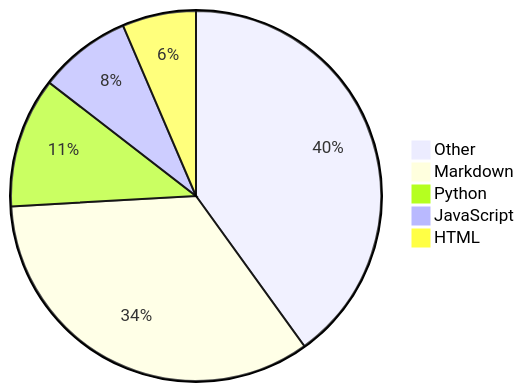
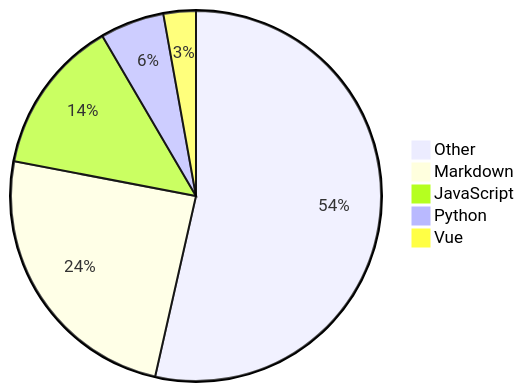
The diagram in README.md (Alicia111/alicia111), drawn with Mermaid before and after one commit.

Commit message:
Update WakaTime stats (・ω・)b

````diff
--- a/README.md
+++ b/README.md
@@ -32,8 +32,8 @@
 ```mermaid
 pie
-    "Other" : 35.2
-    "Markdown" : 29.93
-    "Python" : 9.99
-    "JavaScript" : 7.11
-    "HTML" : 5.66
+    "Other" : 53.54
+    "Markdown" : 24.46
+    "JavaScript" : 13.56
+    "Python" : 5.6
+    "Vue" : 2.83
 ```
````
